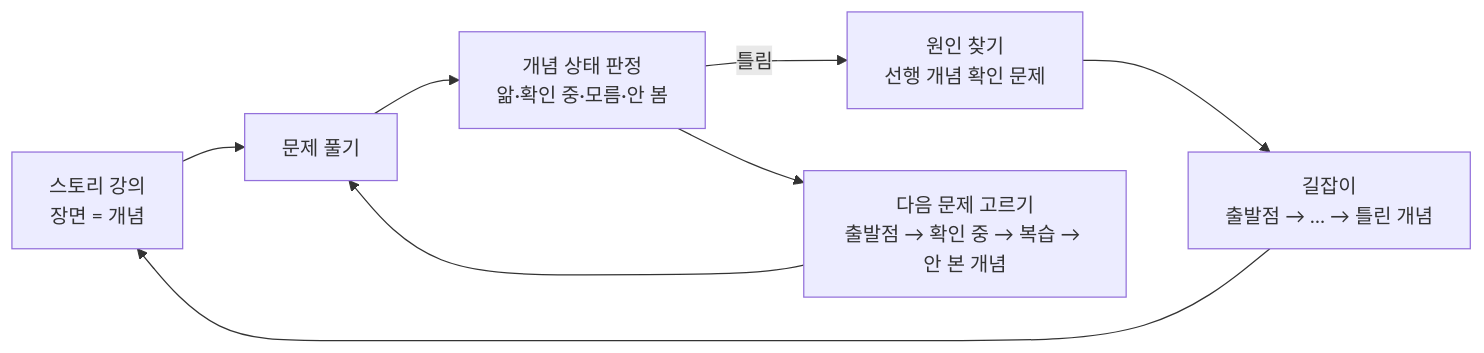
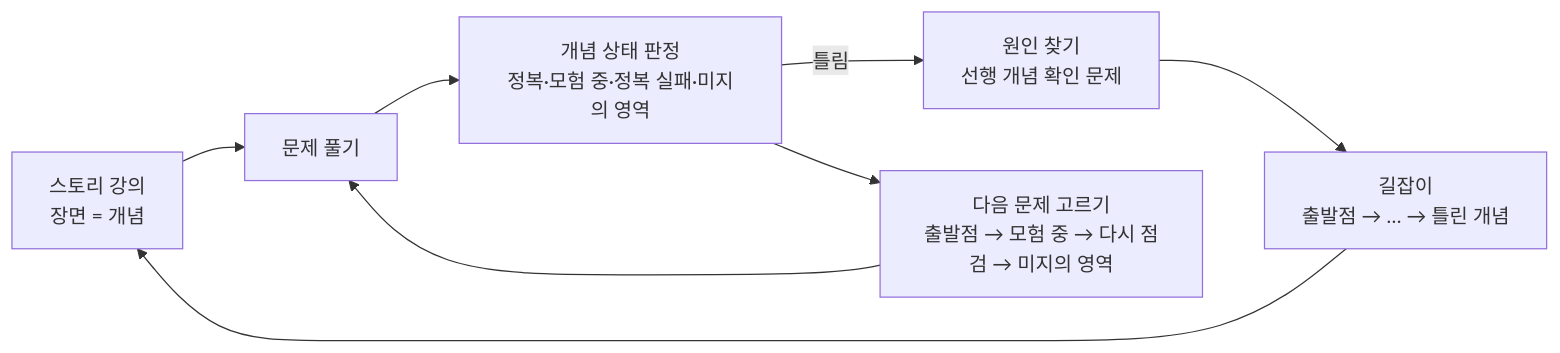
The diagram in README.md (charming-chanmin/cs-ontology-agent), drawn with Mermaid before and after one commit. The commit also changed other lines of this file and 18 other files, not shown here.

````diff
--- a/README.md
+++ b/README.md
@@ -29,10 +29,10 @@
 ```mermaid
 flowchart LR
   A[스토리 강의<br/>장면 = 개념] --> B[문제 풀기]
-  B --> C[개념 상태 판정<br/>앎·확인 중·모름·안 봄]
+  B --> C[개념 상태 판정<br/>정복·모험 중·정복 실패·미지의 영역]
   C -->|틀림| D[원인 찾기<br/>선행 개념 확인 문제]
   D --> G[길잡이<br/>출발점 → … → 틀린 개념]
   G --> A
-  C --> E[다음 문제 고르기<br/>출발점 → 확인 중 → 복습 → 안 본 개념]
+  C --> E[다음 문제 고르기<br/>출발점 → 모험 중 → 다시 점검 → 미지의 영역]
   E --> B
 ```
````
